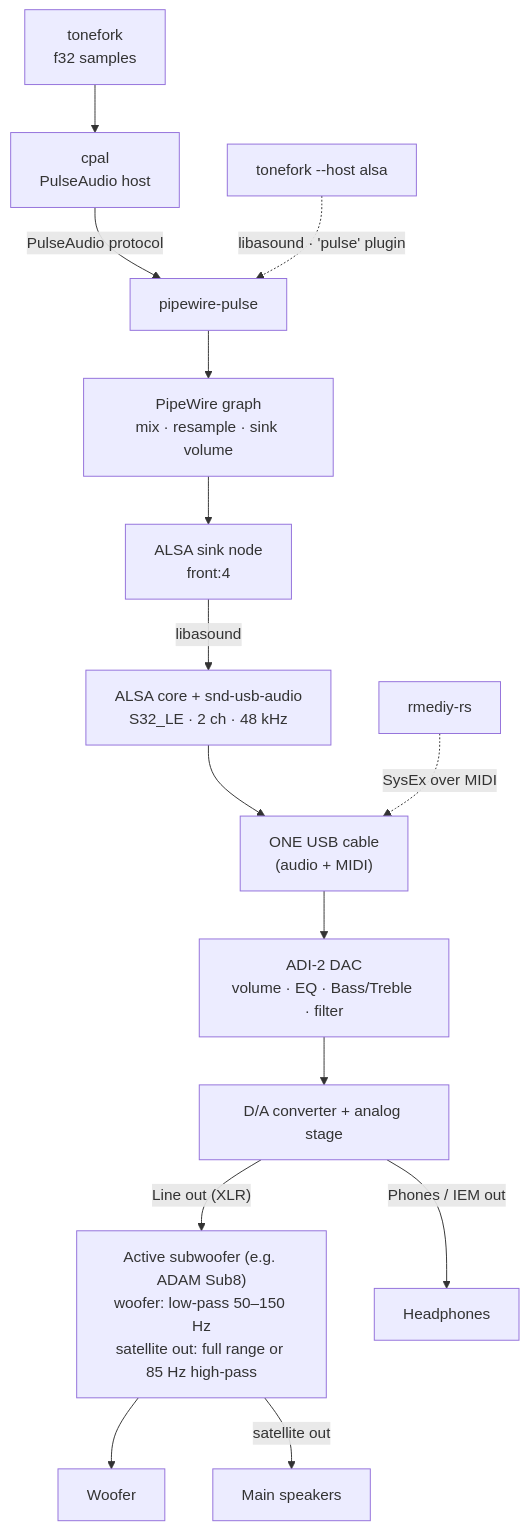
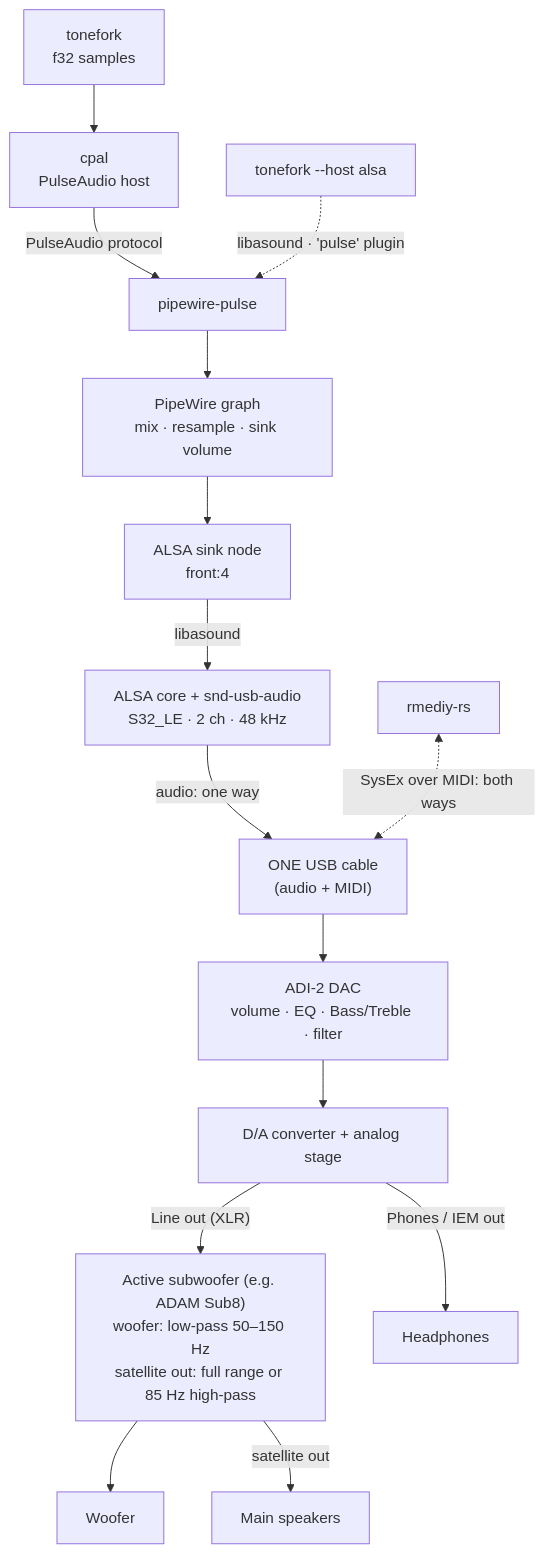
One commit to asyd/tonefork changed the diagram in docs/audio-path.md. Above: the diagram before and after it, drawn with Mermaid. The commit also changed other lines of this file and 2 other files, not shown here.

Commit message:
Audio path diagram: two logical links in one USB cable; audio one-way, MIDI two-way

````diff
--- a/docs/audio-path.md
+++ b/docs/audio-path.md
@@ -10,18 +10,18 @@
 ```mermaid
 flowchart TD
     T[tonefork<br/>f32 samples] --> C[cpal<br/>PulseAudio host]
     C -->|PulseAudio protocol| P[pipewire-pulse]
     P --> G[PipeWire graph<br/>mix · resample · sink volume]
     G --> S[ALSA sink node<br/>front:4]
     S -->|libasound| K[ALSA core + snd-usb-audio<br/>S32_LE · 2 ch · 48 kHz]
-    K --> U["ONE USB cable<br/>(audio + MIDI)"]
+    K -->|"audio: one way"| U["ONE USB cable<br/>(audio + MIDI)"]
     U --> D[ADI-2 DAC<br/>volume · EQ · Bass/Treble · filter]
     D --> A[D/A converter + analog stage]
     A -->|"Line out (XLR)"| SUB["Active subwoofer (e.g. ADAM Sub8)<br/>woofer: low-pass 50–150 Hz<br/>satellite out: full range or 85 Hz high-pass"]
     SUB --> WF[Woofer]
     SUB -->|satellite out| SAT[Main speakers]
     A -->|"Phones / IEM out"| HP[Headphones]
 
-    R[rmediy-rs] -. "SysEx over MIDI" .-> U
+    R[rmediy-rs] <-.->|"SysEx over MIDI: both ways"| U
     T2[tonefork --host alsa] -. "libasound · 'pulse' plugin" .-> P
 ```
````
